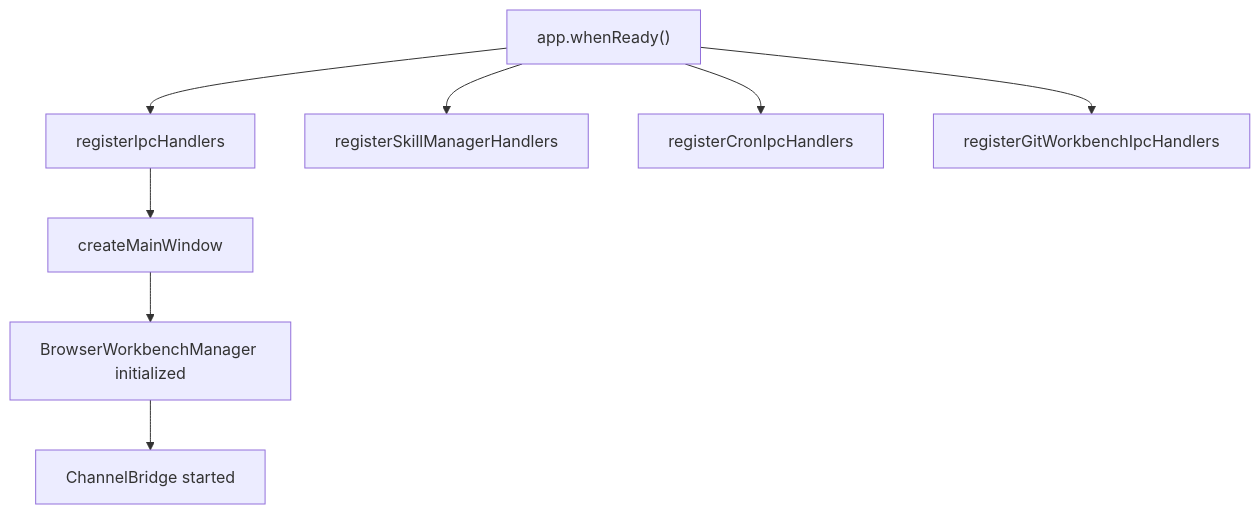
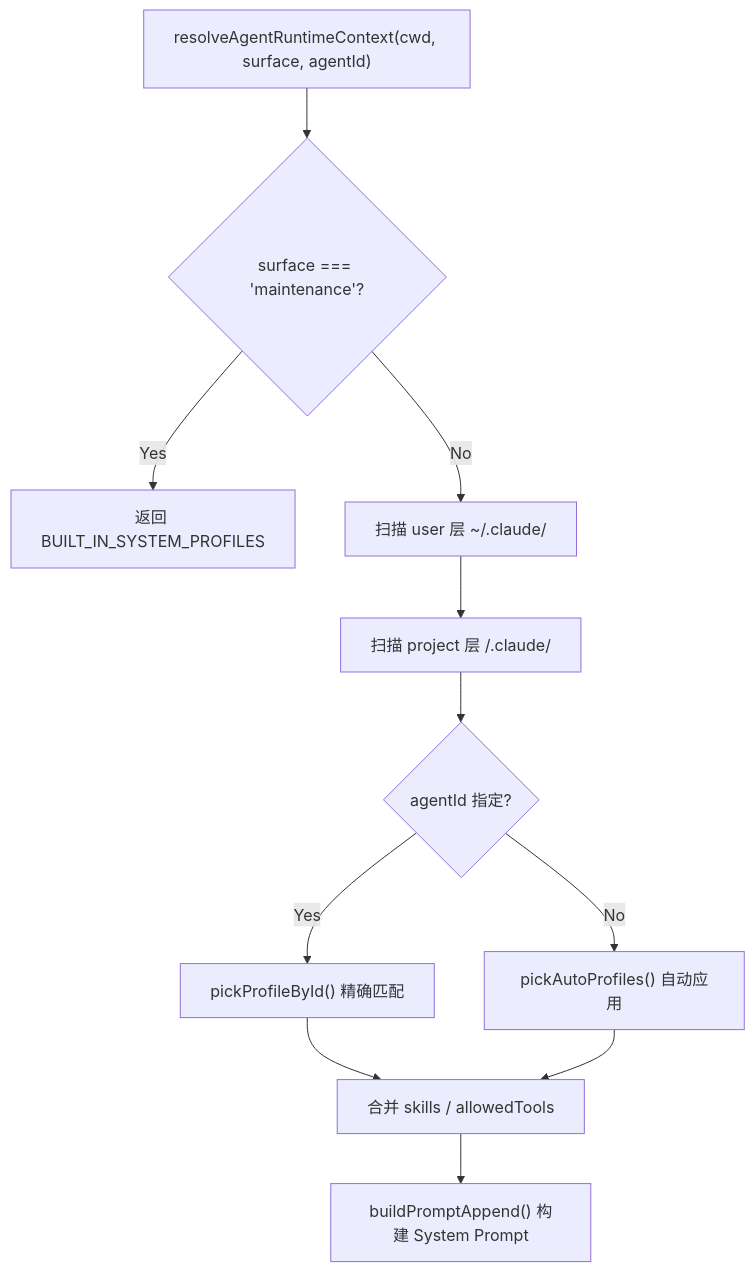
The second of 3 diagrams in .tech/repowiki/zh/content/核心模块规格/Electron 运行时总览.md (lst016/tech-cc-hub), drawn with Mermaid before and after one commit. The commit also changed other lines of this file and 195 other files, not shown here.

````diff
--- a/.tech/repowiki/zh/content/核心模块规格/Electron 运行时总览.md
+++ b/.tech/repowiki/zh/content/核心模块规格/Electron 运行时总览.md
@@ -53,10 +478,13 @@
 ```mermaid
 flowchart TD
-    A["app.whenReady()"] --> B["registerIpcHandlers"]
-    A --> C["registerSkillManagerHandlers"]
-    A --> D["registerCronIpcHandlers"]
-    A --> E["registerGitWorkbenchIpcHandlers"]
-    B --> F["createMainWindow"]
-    F --> G["BrowserWorkbenchManager initialized"]
-    G --> H["ChannelBridge started"]
+    A["resolveAgentRuntimeContext(cwd, surface, agentId)"] --> B{"surface === 'maintenance'?"}
+    B -->|Yes| C["返回 BUILT_IN_SYSTEM_PROFILES"]
+    B -->|No| D["扫描 user 层 ~/.claude/"]
+    D --> E["扫描 project 层 <cwd>/.claude/"]
+    E --> F{"agentId 指定?"}
+    F -->|Yes| G["pickProfileById() 精确匹配"]
+    F -->|No| H["pickAutoProfiles() 自动应用"]
+    G --> I["合并 skills / allowedTools"]
+    H --> I
+    I --> J["buildPromptAppend() 构建 System Prompt"]
 ```
````
